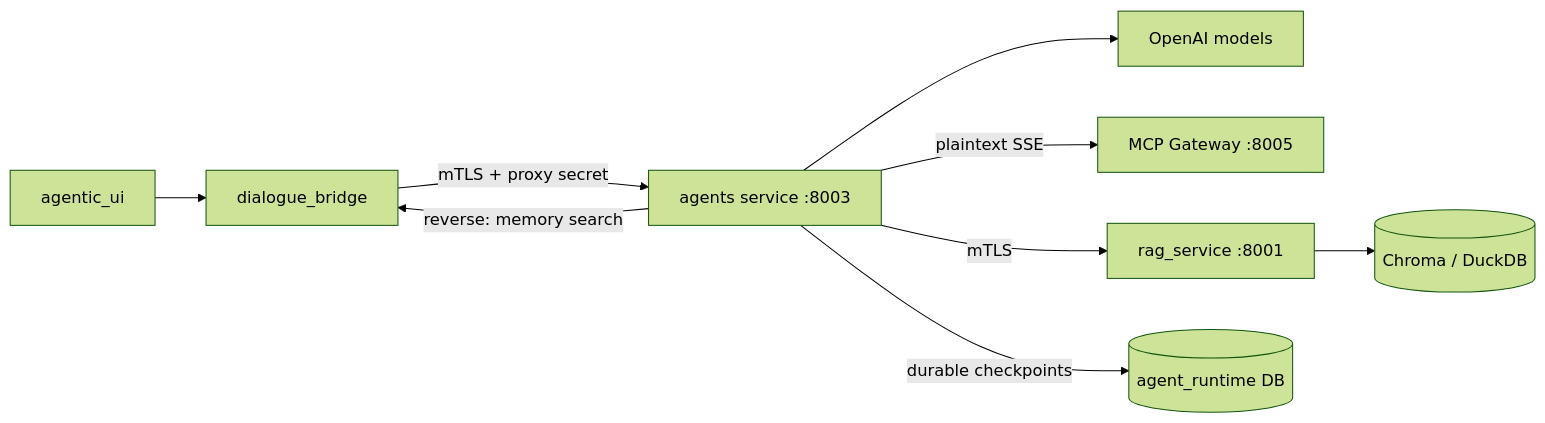
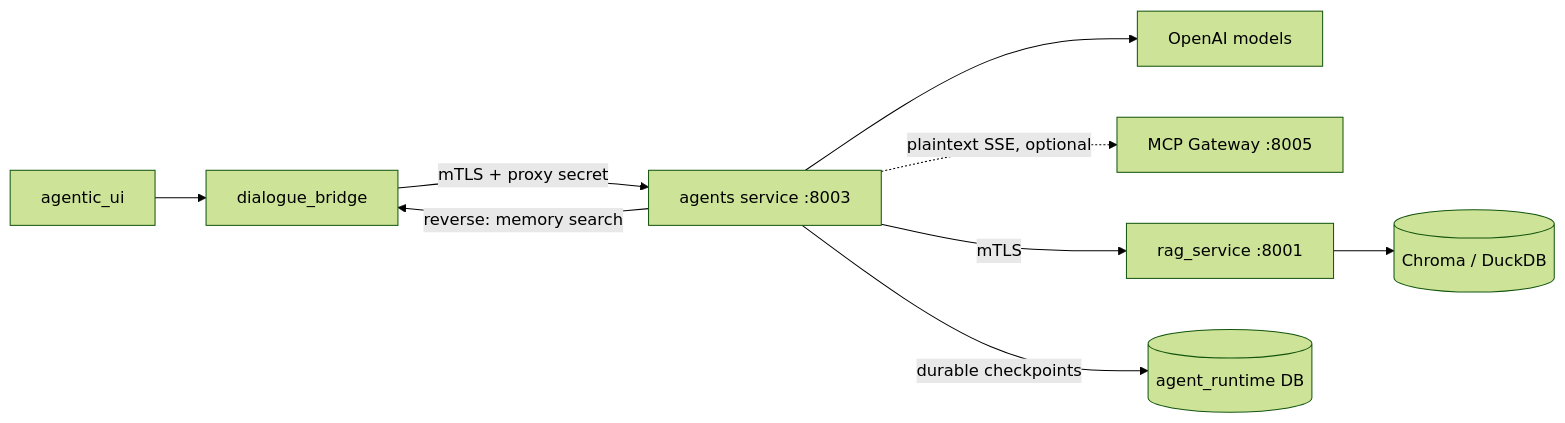
The first of 4 diagrams in docs/development/agents-service-reference.md (konstantinosmpouros/mAgenticX), drawn with Mermaid (forest theme) before and after one commit. The commit also changed other lines of this file and 31 other files, not shown here.

````diff
--- a/docs/development/agents-service-reference.md
+++ b/docs/development/agents-service-reference.md
@@ -47,11 +47,11 @@
 ```mermaid
 flowchart LR
     UI[agentic_ui] --> BFF[dialogue_bridge]
     BFF -->|mTLS + proxy secret| AGENTS[agents service :8003]
     AGENTS --> OPENAI[OpenAI models]
-    AGENTS -->|plaintext SSE| MCP[MCP Gateway :8005]
+    AGENTS -.->|plaintext SSE, optional| MCP[MCP Gateway :8005]
     AGENTS -->|mTLS| RAG[rag_service :8001]
     AGENTS -->|durable checkpoints| PG[(agent_runtime DB)]
     AGENTS -->|reverse: memory search| BFF
     RAG --> VDB[(Chroma / DuckDB)]
 ```
````
